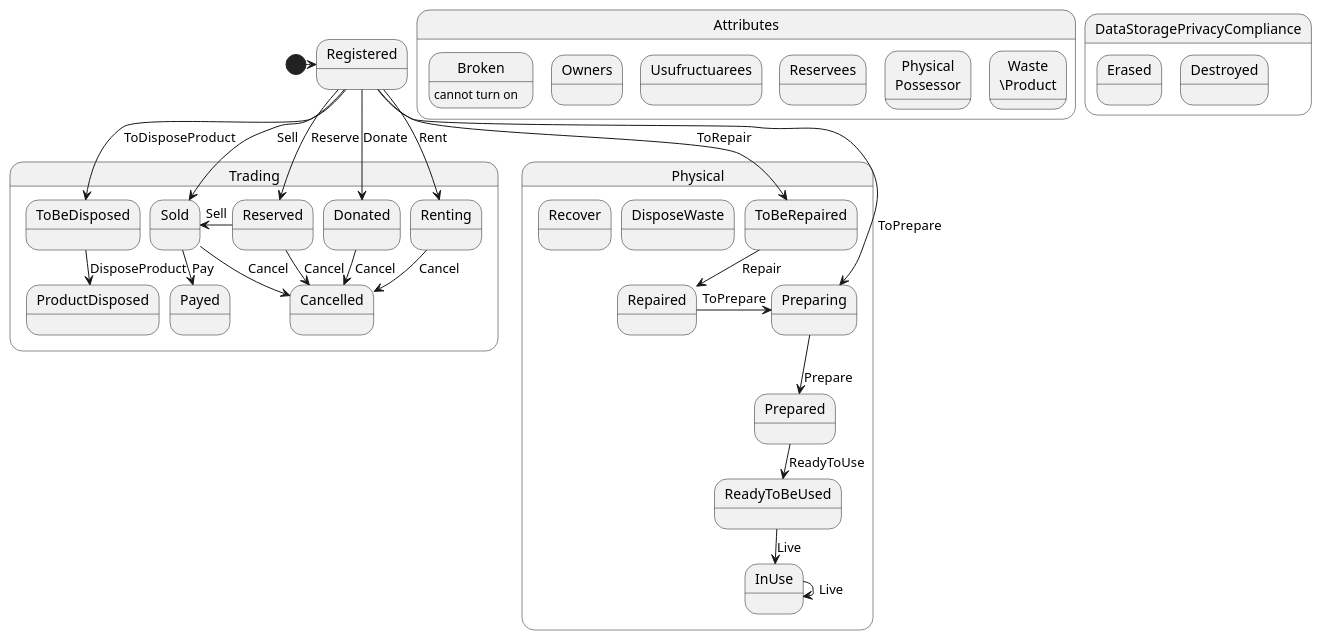
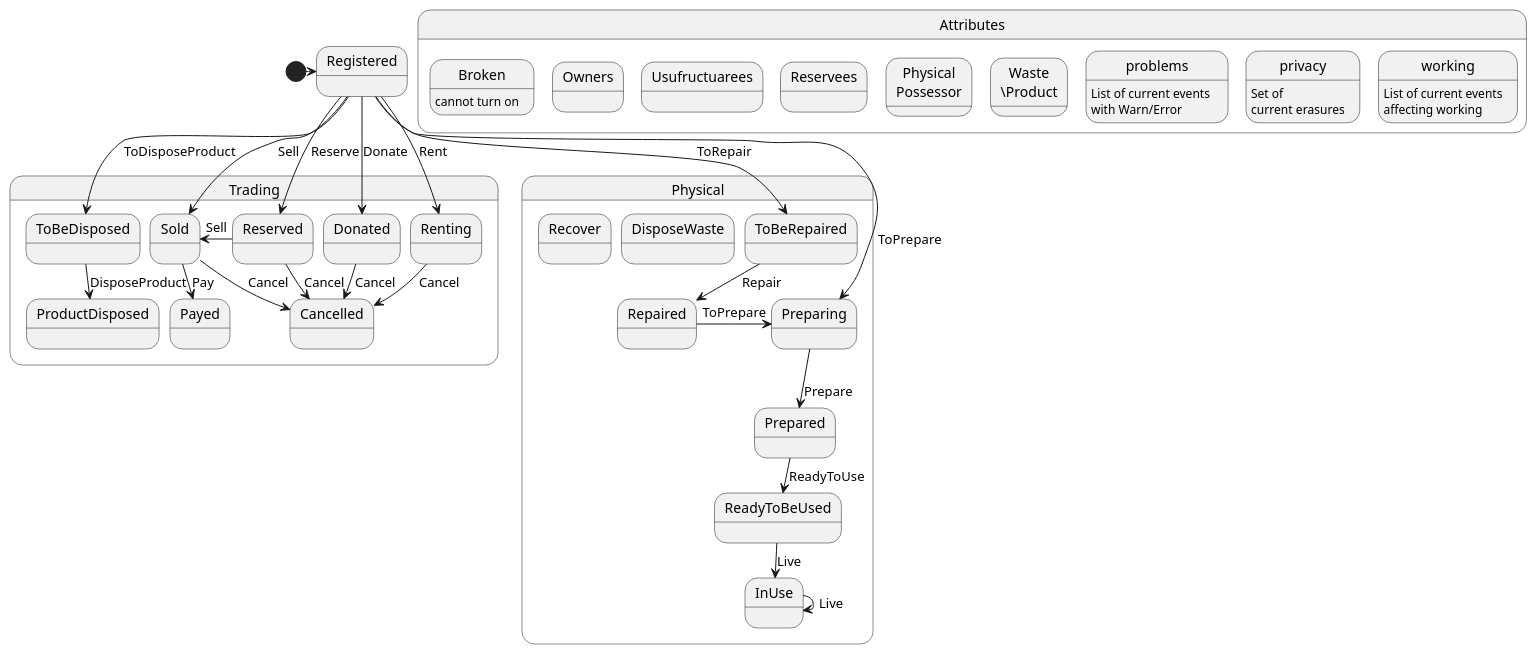
The diagram in docs/states.puml (eReuse/devicehub-teal), drawn with PlantUML before and after one commit. The commit also changed 8 other files, not shown here.

Commit message:
Add Device problems, privacy, working; Add event ErasePhysical

```diff
--- a/docs/states.puml
+++ b/docs/states.puml
@@ -1,53 +1,49 @@
 @startuml
 skinparam nodesep 10
 skinparam ranksep 1
 
 
 [*] -> Registered
 
 state Attributes {
-
 	state Broken : cannot turn on
 	state Owners
 	state Usufructuarees
 	state Reservees
 	state "Physical\nPossessor"
 	state "Waste\n\Product"
+	state problems : List of current events \nwith Warn/Error
+	state privacy : Set of\ncurrent erasures
+	state working : List of current events\naffecting working
 }
 
 state Physical {
 	Registered --> Preparing : ToPrepare
 	Registered --> ToBeRepaired : ToRepair
 	ToBeRepaired --> Repaired : Repair
 	Repaired -> Preparing : ToPrepare
 	Preparing --> Prepared : Prepare
 	Prepared --> ReadyToBeUsed : ReadyToUse
 	ReadyToBeUsed --> InUse : Live
 	InUse -> InUse : Live
 	state DisposeWaste
 	state Recover
 
 }
 
 state Trading {
 	Registered --> Reserved : Reserve
 	Registered --> Sold : Sell
 	Reserved -> Sold : Sell
 	Reserved --> Cancelled : Cancel
 	Sold --> Cancelled : Cancel
 	Sold --> Payed : Pay
 	Registered --> ToBeDisposed : ToDisposeProduct
 	ToBeDisposed --> ProductDisposed : DisposeProduct
 	Registered --> Donated: Donate
 	Registered --> Renting: Rent
 	Donated --> Cancelled : Cancel
 	Renting --> Cancelled : Cancel
 }
 
-state DataStoragePrivacyCompliance {
-    state Erased
-    state Destroyed
-}
-
-
 @enduml
```
